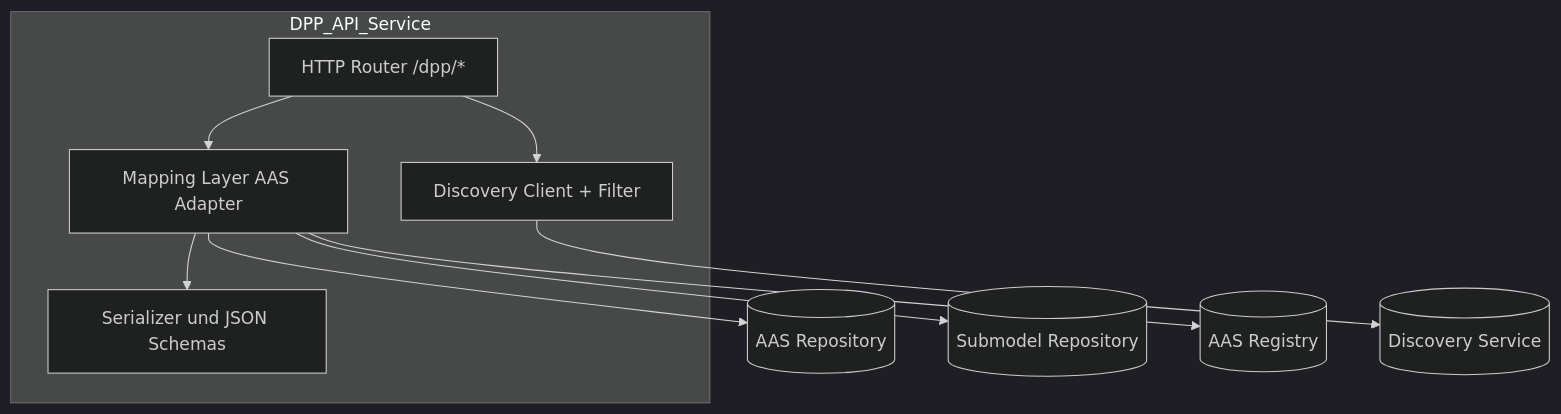
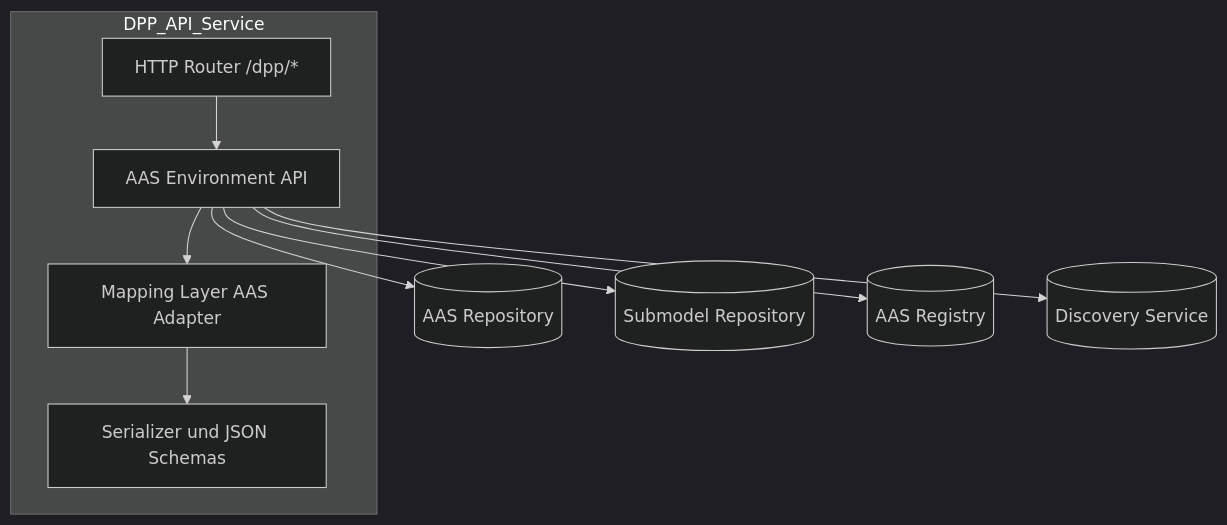
One commit to eclipse-basyx/basyx-aas-web-ui changed the second of 5 diagrams in PROJECT/SRS/SRS.md. Above: the diagram before and after it, drawn with Mermaid (dark theme).

Commit message:
Modify API flow diagram in SRS.md
Updated API flow diagram to include AAS Environment API and its connections.

````diff
--- a/PROJECT/SRS/SRS.md
+++ b/PROJECT/SRS/SRS.md
@@ -92,22 +92,24 @@
 ```mermaid
 graph TB
 subgraph DPP_API_Service
 Router[HTTP Router /dpp/*]
 Mapping[Mapping Layer AAS Adapter]
-Search[Discovery Client + Filter]
+Search[AAS Environment API]
 Serializer[Serializer und JSON Schemas]
 end
 
-Router  --> Mapping --> Serializer
+Mapping --> Serializer
 Router --> Search
 
 AASRepo[(AAS Repository)]
 SMRepo[(Submodel Repository)]
 Registry[(AAS Registry)]
 Discovery[(Discovery Service)]
 
-Mapping --> AASRepo
-Mapping --> SMRepo
-Mapping --> Registry
+Search --> Mapping
+
+Search --> AASRepo
+Search --> SMRepo
+Search --> Registry
 Search --> Discovery
 ```
````
